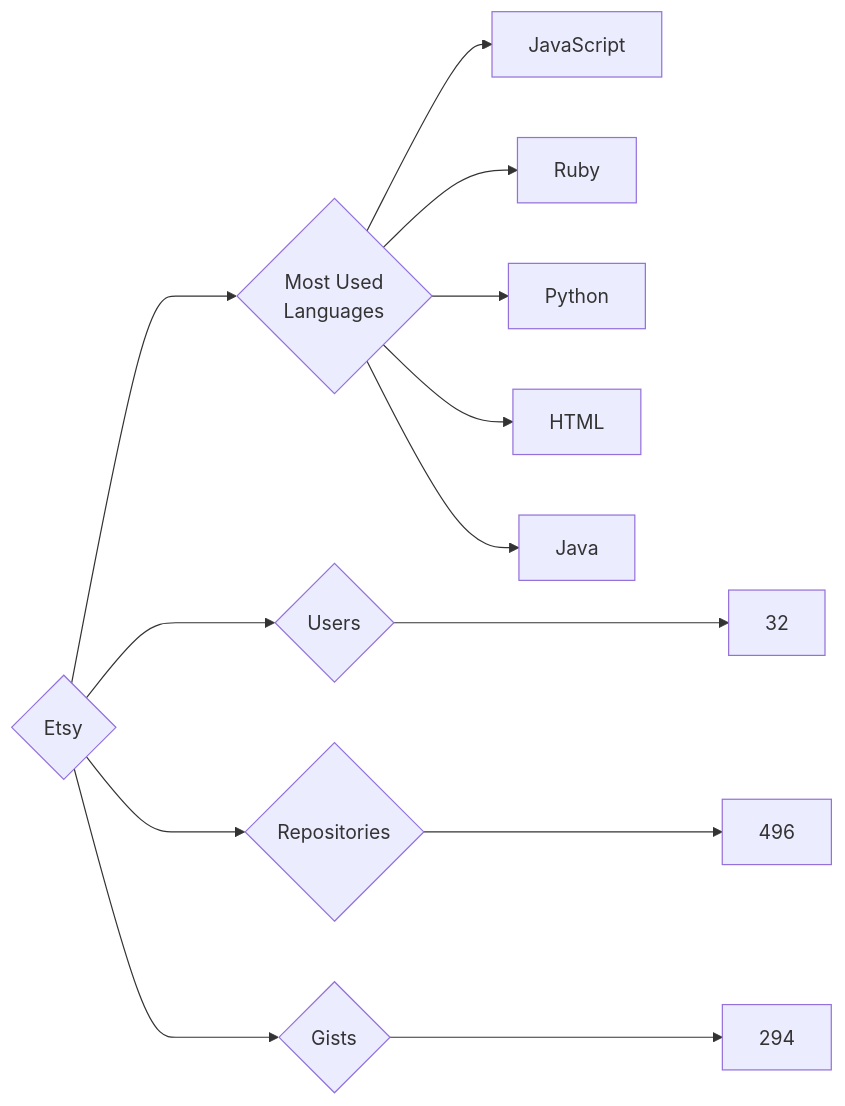
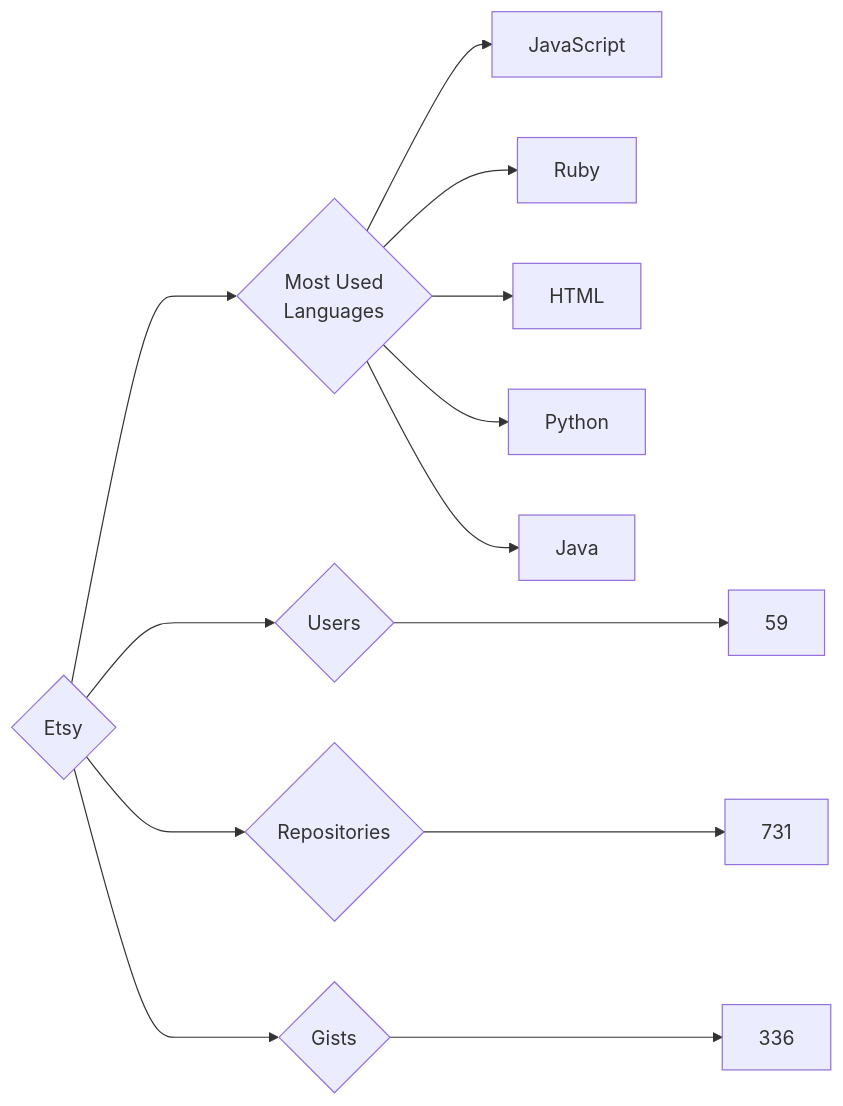
Before and after one commit to trickest/insiders: the diagram in targets/Etsy/README.md, drawn with Mermaid. The commit also changed 682 other files, not shown here.

````diff
--- a/targets/Etsy/README.md
+++ b/targets/Etsy/README.md
@@ -3,13 +3,13 @@
 ```mermaid
 graph LR
 COMPANY_NAME{Etsy}
-COMPANY_NAME ---> U{Users} ---> UN[32]
-COMPANY_NAME ---> R{Repositories} ---> RN[496]
-COMPANY_NAME ---> G{Gists} ---> GN[294]
+COMPANY_NAME ---> U{Users} ---> UN[59]
+COMPANY_NAME ---> R{Repositories} ---> RN[731]
+COMPANY_NAME ---> G{Gists} ---> GN[336]
 COMPANY_NAME ---> ML{Most Used<br>Languages}
 ML --> JavaScript[JavaScript]
 ML --> Ruby[Ruby]
+ML --> HTML[HTML]
 ML --> Python[Python]
-ML --> HTML[HTML]
 ML --> Java[Java]
 ```
````
